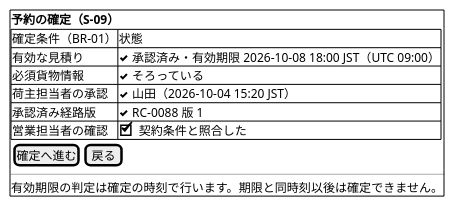
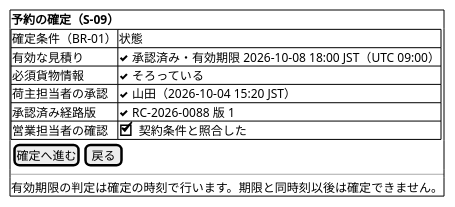
Diagram 16 of 22 in docs/design/cargo-tracker/ui_design.md (k2works/practical-domain-driven-design-in-enterpris-application), drawn with PlantUML before and after one commit. The commit also changed other lines of this file and 12 other files, not shown here.

````diff
--- a/docs/design/cargo-tracker/ui_design.md
+++ b/docs/design/cargo-tracker/ui_design.md
@@ -652,18 +652,18 @@
 ```plantuml
 @startsalt
 {+
   <b>予約の確定（S-09）
   {#
     確定条件（BR-01） | 状態
     有効な見積り | <&check> 承認済み・有効期限 2026-10-08 18:00 JST（UTC 09:00）
     必須貨物情報 | <&check> そろっている
     荷主担当者の承認 | <&check> 山田（2026-10-04 15:20 JST）
-    承認済み経路版 | <&check> RC-0088 版 1
+    承認済み経路版 | <&check> RC-2026-0088 版 1
     営業担当者の確認 | [X] 契約条件と照合した
   }
   { [ 確定へ進む ] | [ 戻る ] }
   ---
   有効期限の判定は確定の時刻で行います。期限と同時刻以後は確定できません。
 }
 @endsalt
 ```
````
